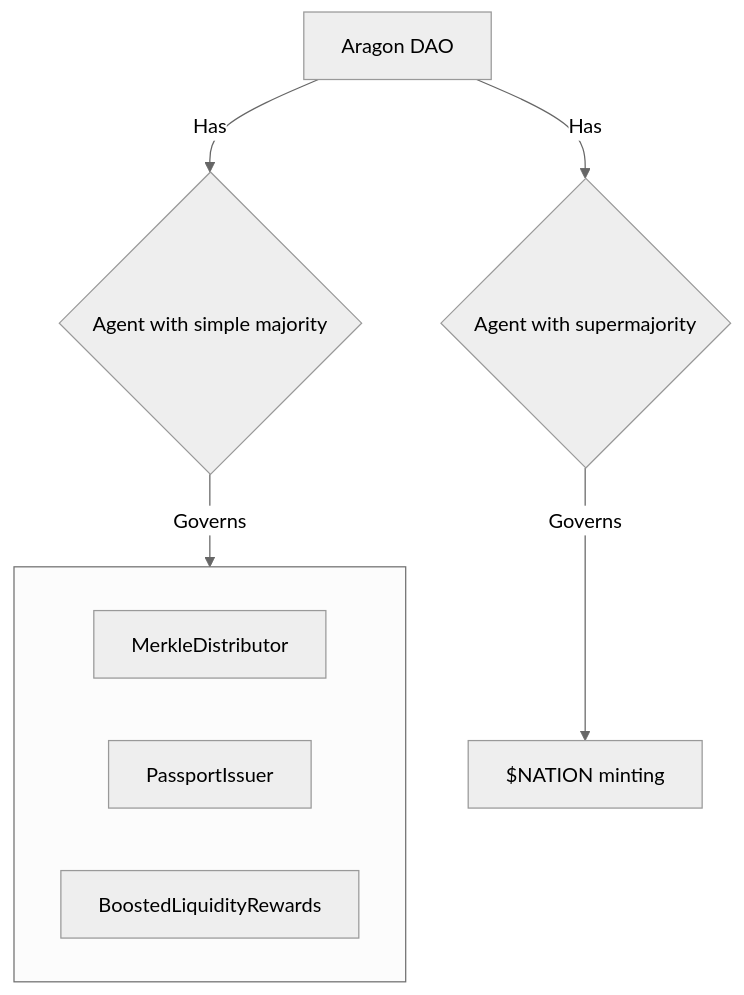
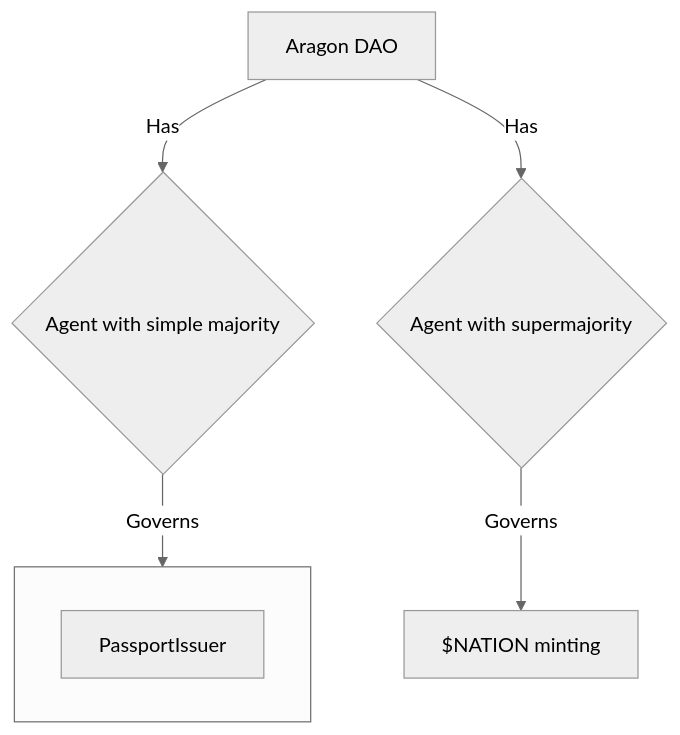
The diagram in jurisdiction/dao.md (nation3/docs), drawn with Mermaid (neutral theme) before and after one commit. The commit also changed 5 other files, not shown here.

````diff
--- a/jurisdiction/dao.md
+++ b/jurisdiction/dao.md
@@ -27,12 +27,10 @@
 ```mermaid
 flowchart TD
   DAO[Aragon DAO] -->|Has| A1{Agent with simple majority}
   DAO -->|Has| A2{Agent with supermajority}
   A1 -->|Governs| GOVERNED
   subgraph GOVERNED[ ]
-    MerkleDistributor
     PassportIssuer
-    BoostedLiquidityRewards
   end
   A2 -->|Governs| NATION[$NATION minting]
 ```
````
